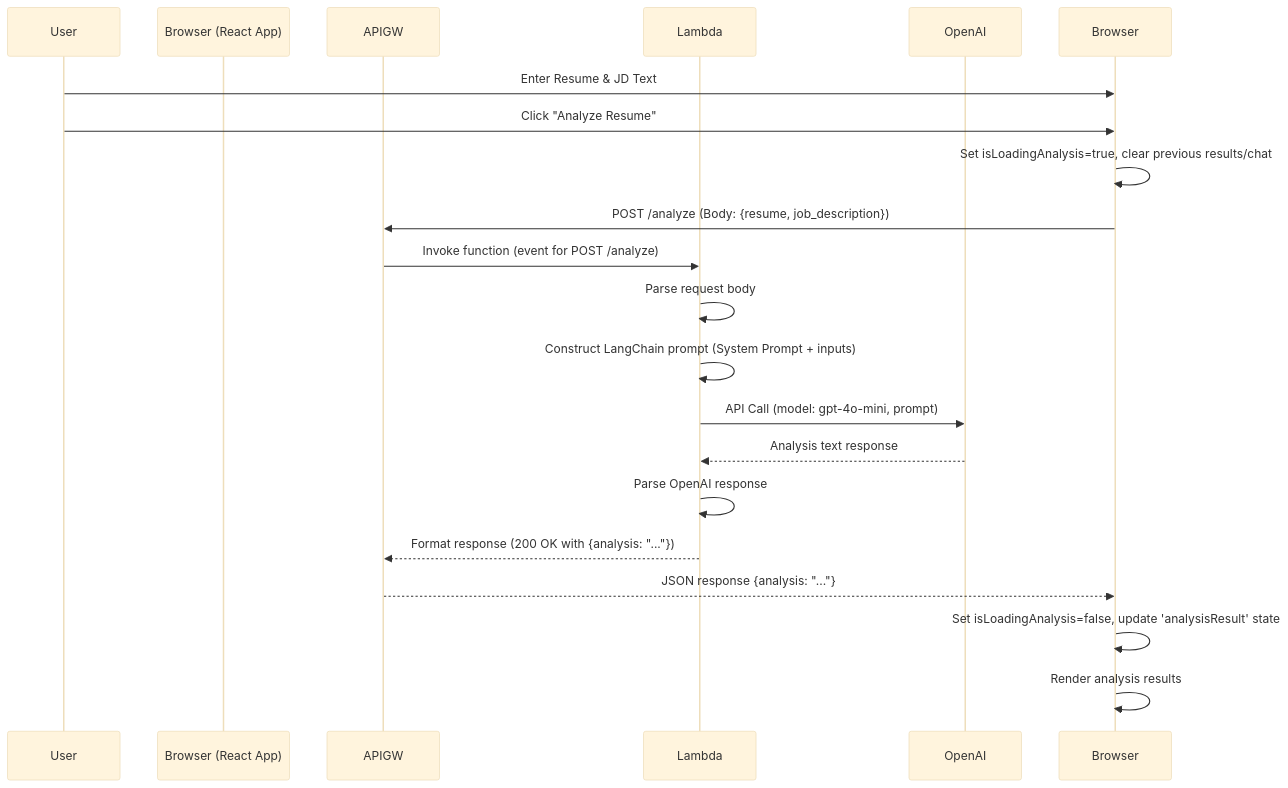
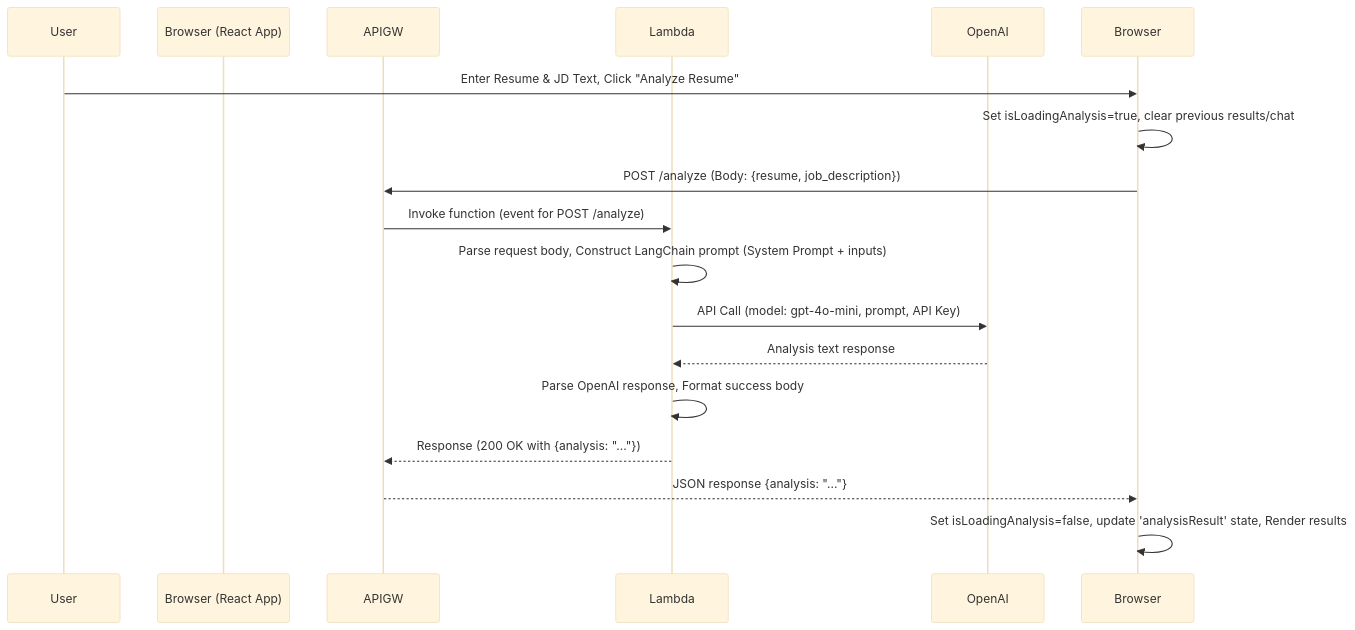
One commit to gaviral/ResumeCoach changed the fourth of 5 diagrams in README.md. Above: the diagram before and after it, drawn with Mermaid (base theme). The commit also changed other lines of this file, not shown here.

First line of the commit message:
docs: Update README.md for Resume Coach v2

````diff
--- a/README.md
+++ b/README.md
@@ -262,23 +419,20 @@
 ```mermaid
 sequenceDiagram
     participant User
     participant Browser (React App)
     participant APIGW
     participant Lambda
     participant OpenAI
 
-    User->>Browser: Enter Resume & JD Text
-    User->>Browser: Click "Analyze Resume"
+    User->>Browser: Enter Resume & JD Text, Click "Analyze Resume"
     Browser->>Browser: Set isLoadingAnalysis=true, clear previous results/chat
     Browser->>APIGW: POST /analyze (Body: {resume, job_description})
     APIGW->>Lambda: Invoke function (event for POST /analyze)
-    Lambda->>Lambda: Parse request body
-    Lambda->>Lambda: Construct LangChain prompt (System Prompt + inputs)
-    Lambda->>OpenAI: API Call (model: gpt-4o-mini, prompt)
+    Lambda->>Lambda: Parse request body, Construct LangChain prompt (System Prompt + inputs)
+    Lambda->>OpenAI: API Call (model: gpt-4o-mini, prompt, API Key)
     OpenAI-->>Lambda: Analysis text response
-    Lambda->>Lambda: Parse OpenAI response
-    Lambda-->>APIGW: Format response (200 OK with {analysis: "..."})
+    Lambda->>Lambda: Parse OpenAI response, Format success body
+    Lambda-->>APIGW: Response (200 OK with {analysis: "..."})
     APIGW-->>Browser: JSON response {analysis: "..."}
-    Browser->>Browser: Set isLoadingAnalysis=false, update 'analysisResult' state
-    Browser->>Browser: Render analysis results
+    Browser->>Browser: Set isLoadingAnalysis=false, update 'analysisResult' state, Render results
 ```
````
